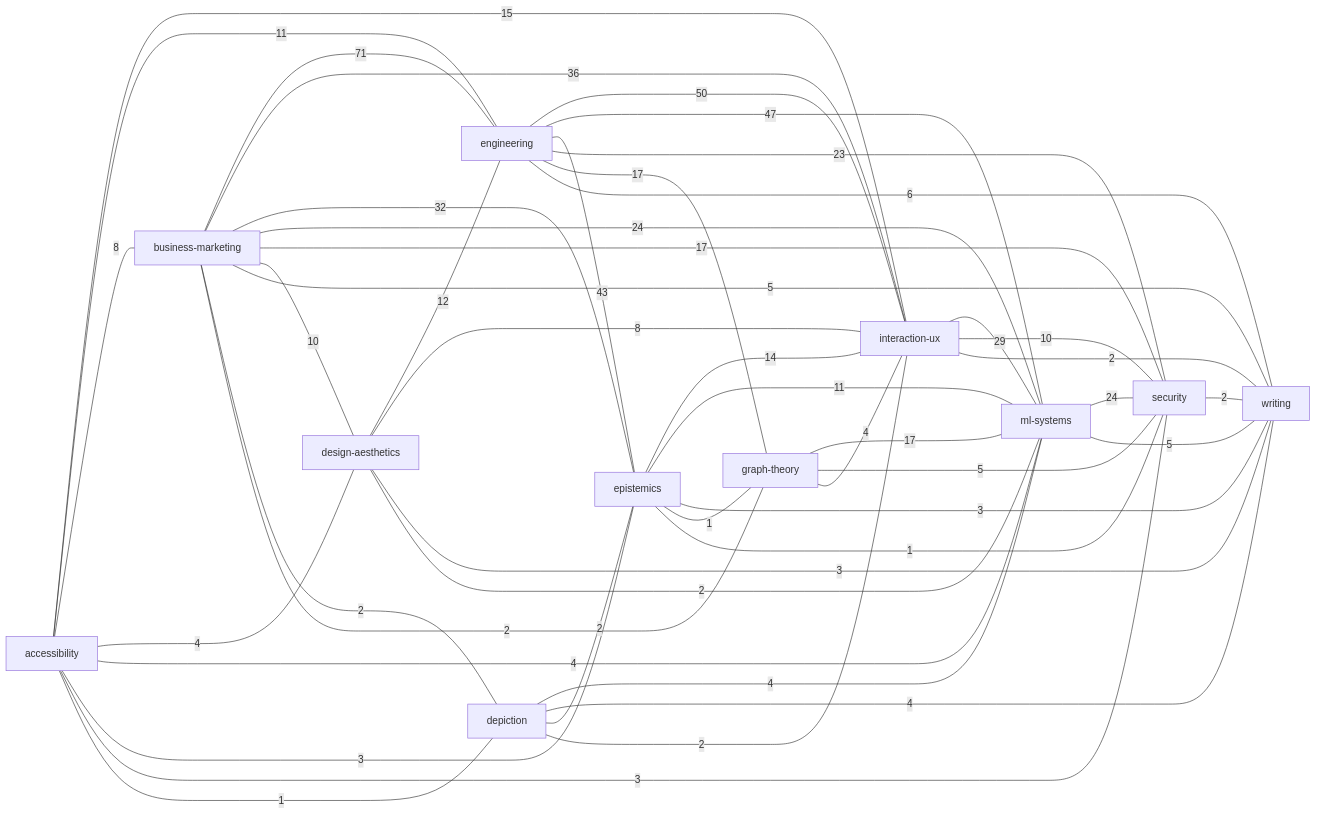
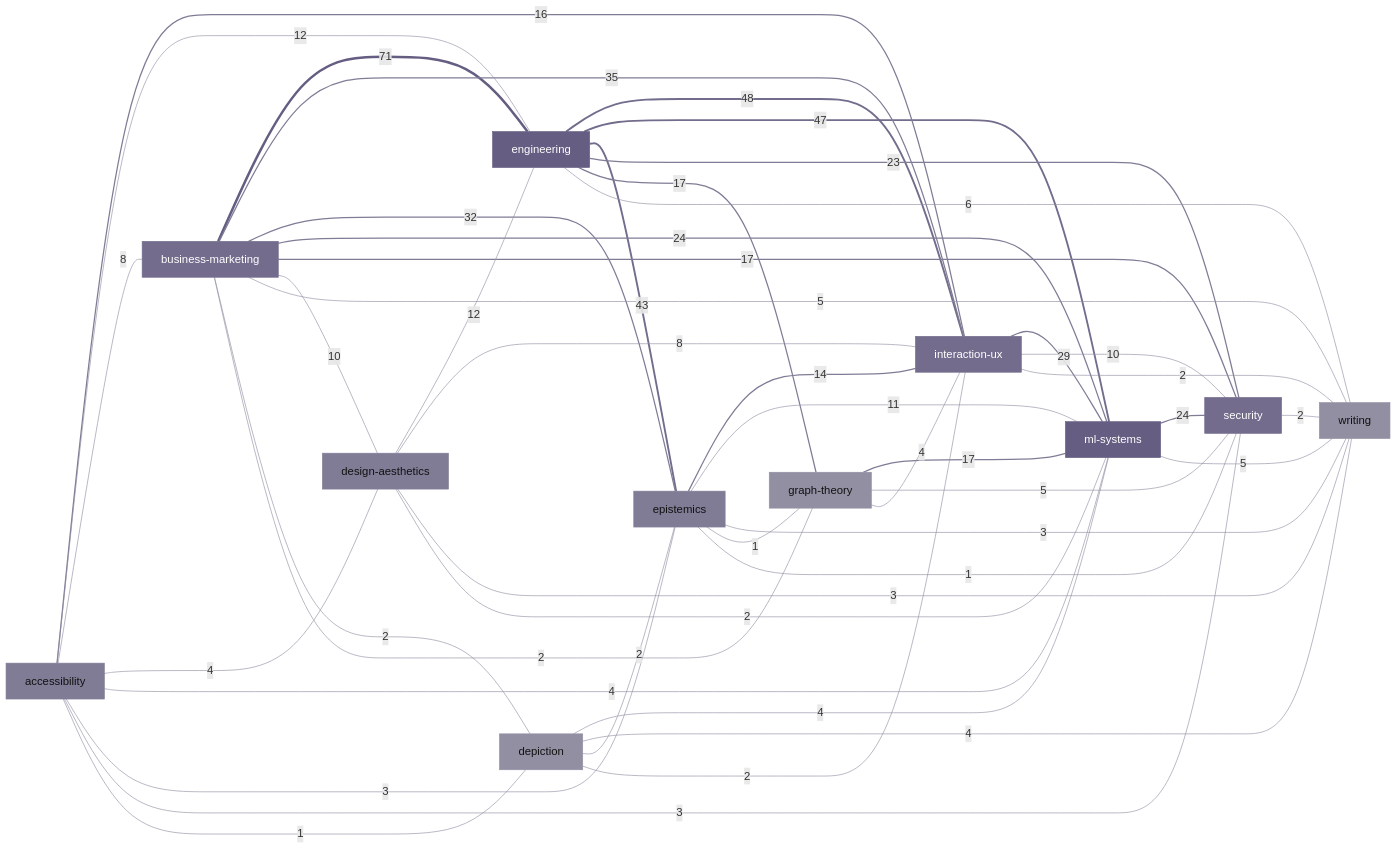
The diagram in GRAPH.md (darce/heuristics-canon), drawn with Mermaid before and after one commit. The commit also changed other lines of this file and 35 other files, not shown here.

````diff
--- a/GRAPH.md
+++ b/GRAPH.md
@@ -20,59 +22,72 @@
 ```mermaid
+%%{init: {'themeVariables': {'fontSize': '18px'}}}%%
 graph LR
   accessibility["accessibility"]
   business_marketing["business-marketing"]
   depiction["depiction"]
   design_aesthetics["design-aesthetics"]
   engineering["engineering"]
   epistemics["epistemics"]
   graph_theory["graph-theory"]
   interaction_ux["interaction-ux"]
   ml_systems["ml-systems"]
   security["security"]
   writing["writing"]
   business_marketing ---|71| engineering
-  engineering ---|50| interaction_ux
+  engineering ---|48| interaction_ux
   engineering ---|47| ml_systems
   engineering ---|43| epistemics
-  business_marketing ---|36| interaction_ux
+  business_marketing ---|35| interaction_ux
   business_marketing ---|32| epistemics
   interaction_ux ---|29| ml_systems
   business_marketing ---|24| ml_systems
   ml_systems ---|24| security
   engineering ---|23| security
   business_marketing ---|17| security
   engineering ---|17| graph_theory
   graph_theory ---|17| ml_systems
-  accessibility ---|15| interaction_ux
+  accessibility ---|16| interaction_ux
   epistemics ---|14| interaction_ux
+  accessibility ---|12| engineering
   design_aesthetics ---|12| engineering
-  accessibility ---|11| engineering
   epistemics ---|11| ml_systems
   business_marketing ---|10| design_aesthetics
   interaction_ux ---|10| security
   accessibility ---|8| business_marketing
   design_aesthetics ---|8| interaction_ux
   engineering ---|6| writing
   business_marketing ---|5| writing
   graph_theory ---|5| security
   ml_systems ---|5| writing
   accessibility ---|4| design_aesthetics
   accessibility ---|4| ml_systems
   depiction ---|4| ml_systems
   depiction ---|4| writing
   graph_theory ---|4| interaction_ux
   accessibility ---|3| epistemics
   accessibility ---|3| security
   design_aesthetics ---|3| writing
   epistemics ---|3| writing
   business_marketing ---|2| depiction
   business_marketing ---|2| graph_theory
   depiction ---|2| epistemics
   depiction ---|2| interaction_ux
   design_aesthetics ---|2| ml_systems
   interaction_ux ---|2| writing
   security ---|2| writing
   accessibility ---|1| depiction
   epistemics ---|1| graph_theory
   epistemics ---|1| security
+  classDef seq_0 fill:#938FA3,color:#111111,stroke:#938FA3
+  classDef seq_1 fill:#817C96,color:#111111,stroke:#817C96
+  classDef seq_2 fill:#736C8C,color:#FFFFFF,stroke:#736C8C
+  classDef seq_3 fill:#655D82,color:#FFFFFF,stroke:#655D82
+  class depiction,graph_theory,writing seq_0
+  class accessibility,design_aesthetics,epistemics seq_1
+  class business_marketing,interaction_ux,security seq_2
+  class engineering,ml_systems seq_3
+  linkStyle 0 stroke:#655D82,stroke-width:4px
+  linkStyle 1,2,3 stroke:#736C8C,stroke-width:3px
+  linkStyle 4,5,6,7,8,9,10,11,12,13,14 stroke:#817C96,stroke-width:2px
+  linkStyle 15,16,17,18,19,20,21,22,23,24,25,26,27,28,29,30,31,32,33,34,35,36,37,38,39,40,41,42,43,44 stroke:#938FA3,stroke-width:1px
 ```
````
